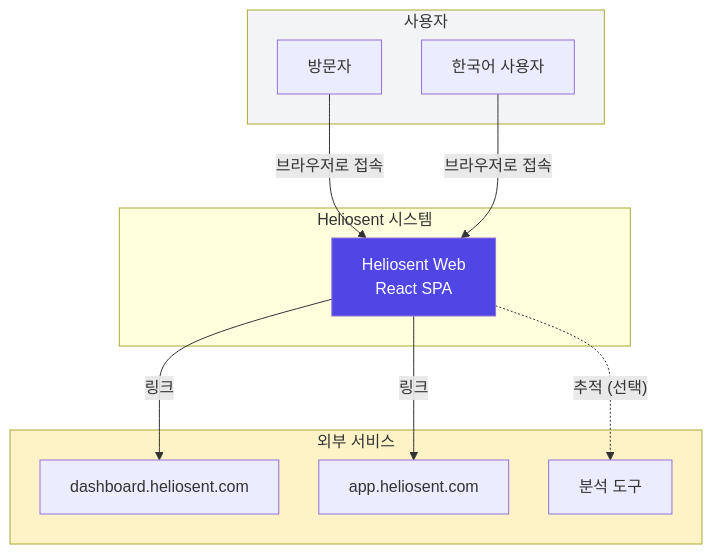
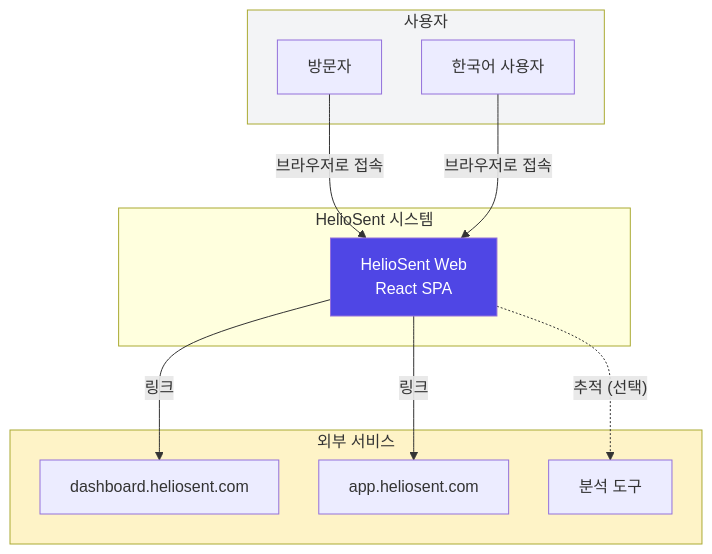
Before and after one commit to hsleedevelop/heliosent-web: the fifth of 7 diagrams in docs/heliosent-analysis.md, drawn with Mermaid. The commit also changed other lines of this file and 13 other files, not shown here.

Commit message:
fix: Correct spelling of "Heliosent" to "HelioSent" across multiple files for consistency

````diff
--- a/docs/heliosent-analysis.md
+++ b/docs/heliosent-analysis.md
@@ -398,28 +398,28 @@
 ```mermaid
 %%{init: {'flowchart': {'htmlLabels': true, 'curve': 'basis', 'rankSpacing': 60, 'nodeSpacing': 40}}}%%
 flowchart TB
     subgraph Users["사용자"]
         Visitor["방문자"]
         KoreanUser["한국어 사용자"]
     end
 
-    subgraph System["Heliosent 시스템"]
-        Web["Heliosent Web<br/>React SPA"]
+    subgraph System["HelioSent 시스템"]
+        Web["HelioSent Web<br/>React SPA"]
     end
 
     subgraph External["외부 서비스"]
         Dashboard["dashboard.heliosent.com"]
         AppService["app.heliosent.com"]
         AnalyticsService["분석 도구"]
     end
 
     Visitor -->|"브라우저로 접속"| Web
     KoreanUser -->|"브라우저로 접속"| Web
     Web -->|"링크"| Dashboard
     Web -->|"링크"| AppService
     Web -.->|"추적 (선택)"| AnalyticsService
 
     style Web fill:#4f46e5,color:#fff
     style Users fill:#f3f4f6
     style External fill:#fef3c7
 ```
````
